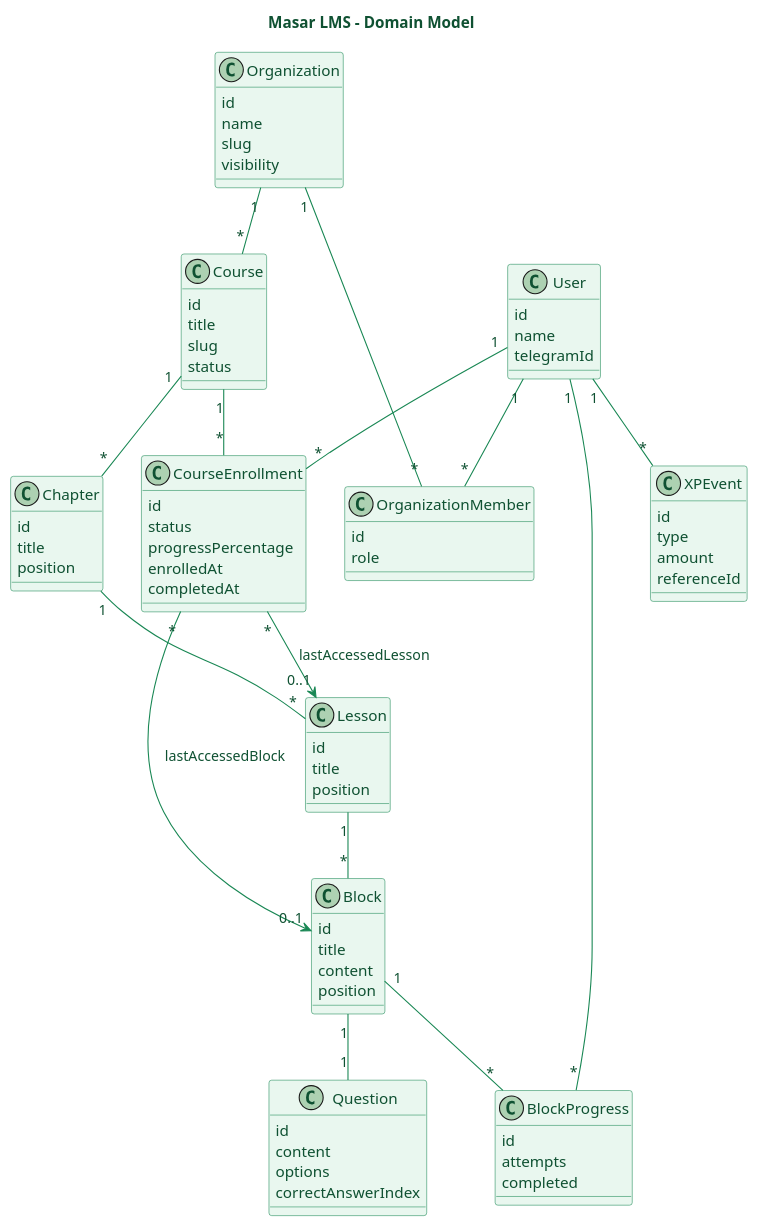
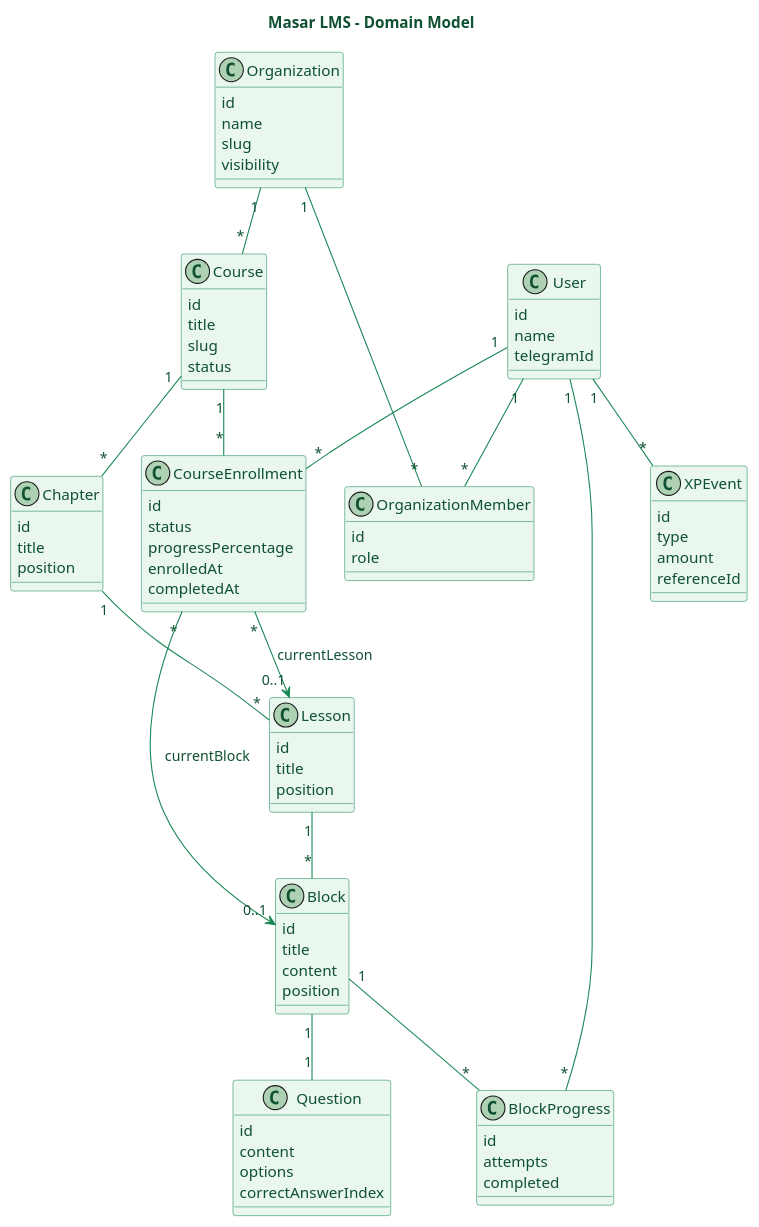
The diagram in api/src/main/java/app/lms/diagram/domain-model.puml (AbdSattout/lms), drawn with PlantUML before and after one commit. The commit also changed 22 other files, not shown here.

```diff
--- a/api/src/main/java/app/lms/diagram/domain-model.puml
+++ b/api/src/main/java/app/lms/diagram/domain-model.puml
@@ -1,111 +1,111 @@
 @startuml
 
 title Masar LMS - Domain Model
 
 skinparam backgroundColor #FFFFFF
 skinparam classAttributeIconSize 0
 skinparam shadowing false
 skinparam defaultFontColor #0F5132
 skinparam ArrowColor #198754
 
 skinparam class {
     BackgroundColor #E9F7EF
     BorderColor #198754
     FontColor #0F5132
 }
 
 class User {
     id
     name
     telegramId
 }
 
 class Organization {
     id
     name
     slug
     visibility
 }
 
 class OrganizationMember {
     id
     role
 }
 
 class Course {
     id
     title
     slug
     status
 }
 
 class Chapter {
     id
     title
     position
 }
 
 class Lesson {
     id
     title
     position
 }
 
 class Block {
     id
     title
     content
     position
 }
 
 class Question {
     id
     content
     options
     correctAnswerIndex
 }
 
 class CourseEnrollment {
     id
     status
     progressPercentage
     enrolledAt
     completedAt
 }
 
 class BlockProgress {
     id
     attempts
     completed
 }
 
 class XPEvent {
     id
     type
     amount
     referenceId
 }
 
 User "1" -- "*" OrganizationMember
 Organization "1" -- "*" OrganizationMember
 
 Organization "1" -- "*" Course
 
 Course "1" -- "*" Chapter
 Chapter "1" -- "*" Lesson
 Lesson "1" -- "*" Block
 
 Block "1" -- "1" Question
 
 User "1" -- "*" CourseEnrollment
 Course "1" -- "*" CourseEnrollment
 
 User "1" -- "*" BlockProgress
 Block "1" -- "*" BlockProgress
 
 User "1" -- "*" XPEvent
 
-CourseEnrollment "*" --> "0..1" Lesson : lastAccessedLesson
-CourseEnrollment "*" --> "0..1" Block : lastAccessedBlock
+CourseEnrollment "*" --> "0..1" Lesson : currentLesson
+CourseEnrollment "*" --> "0..1" Block : currentBlock
 
 @enduml
```
